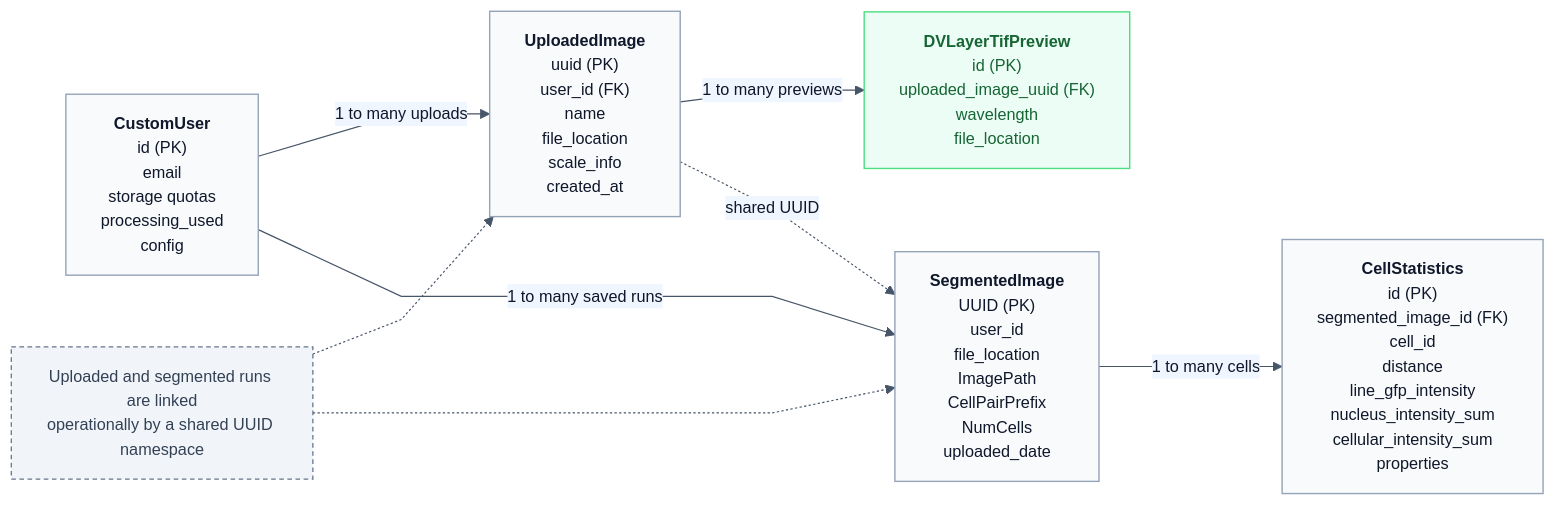
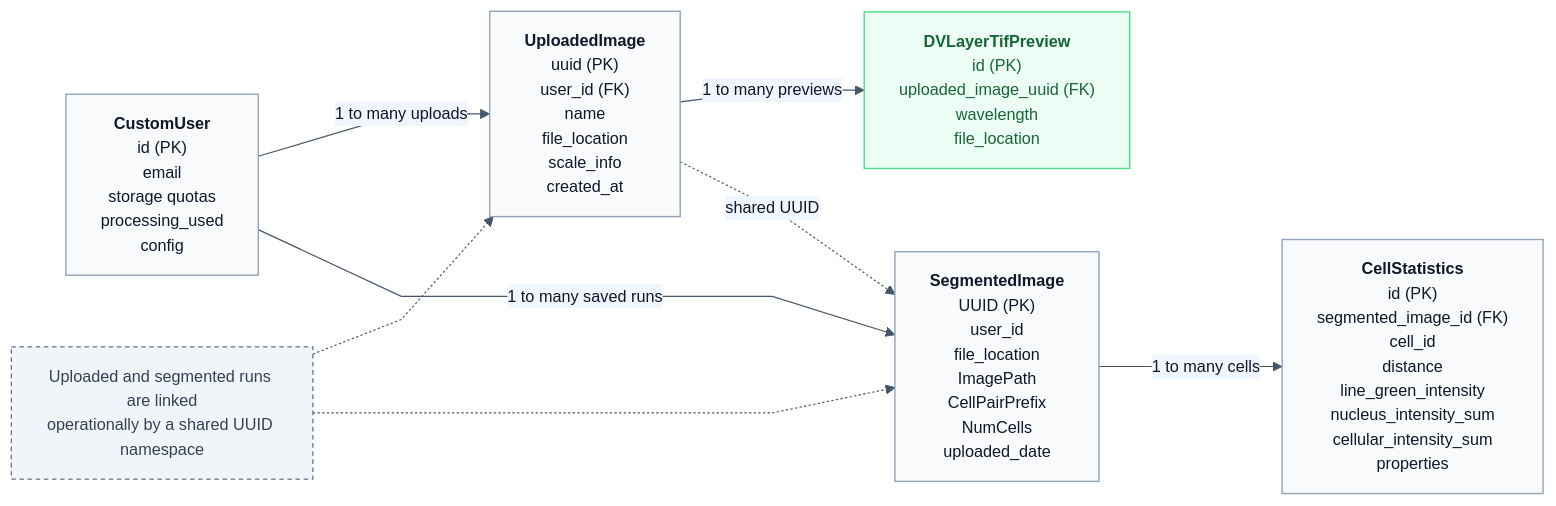
One commit to BrentLagesse/CytoCV changed the diagram in docs/diagrams/11-data-model.mmd. Above: the diagram before and after it, drawn with Mermaid. The commit also changed other lines of this file and 102 other files, not shown here.

```diff
--- a/docs/diagrams/11-data-model.mmd
+++ b/docs/diagrams/11-data-model.mmd
@@ -1,24 +1,24 @@
 %%{init: {"theme":"base","themeVariables":{"background":"#ffffff","primaryColor":"#f8fafc","primaryBorderColor":"#94a3b8","primaryTextColor":"#0f172a","secondaryColor":"#eff6ff","tertiaryColor":"#eef2ff","lineColor":"#475569","fontFamily":"Helvetica","fontSize":"14px"},"flowchart":{"htmlLabels":true,"curve":"linear","nodeSpacing":26,"rankSpacing":38}}}%%
 flowchart LR
     classDef entity fill:#f8fafc,stroke:#94a3b8,color:#0f172a,stroke-width:1.2px;
     classDef support fill:#ecfdf5,stroke:#4ade80,color:#166534,stroke-width:1.2px;
     classDef note fill:#f1f5f9,stroke:#64748b,color:#334155,stroke-width:1.1px,stroke-dasharray: 4 3;
 
     user["<b>CustomUser</b><br/>id (PK)<br/>email<br/>storage quotas<br/>processing_used<br/>config"]
     upload["<b>UploadedImage</b><br/>uuid (PK)<br/>user_id (FK)<br/>name<br/>file_location<br/>scale_info<br/>created_at"]
     preview["<b>DVLayerTifPreview</b><br/>id (PK)<br/>uploaded_image_uuid (FK)<br/>wavelength<br/>file_location"]
     result["<b>SegmentedImage</b><br/>UUID (PK)<br/>user_id<br/>file_location<br/>ImagePath<br/>CellPairPrefix<br/>NumCells<br/>uploaded_date"]
-    stats["<b>CellStatistics</b><br/>id (PK)<br/>segmented_image_id (FK)<br/>cell_id<br/>distance<br/>line_gfp_intensity<br/>nucleus_intensity_sum<br/>cellular_intensity_sum<br/>properties"]
+    stats["<b>CellStatistics</b><br/>id (PK)<br/>segmented_image_id (FK)<br/>cell_id<br/>distance<br/>line_green_intensity<br/>nucleus_intensity_sum<br/>cellular_intensity_sum<br/>properties"]
     uuid_link["Uploaded and segmented runs are linked<br/>operationally by a shared UUID namespace"]
 
     user -- "1 to many uploads" --> upload
     upload -- "1 to many previews" --> preview
     user -- "1 to many saved runs" --> result
     result -- "1 to many cells" --> stats
     upload -. "shared UUID" .-> result
     uuid_link -.-> upload
     uuid_link -.-> result
 
     class user,upload,result,stats entity
     class preview support
     class uuid_link note
```
